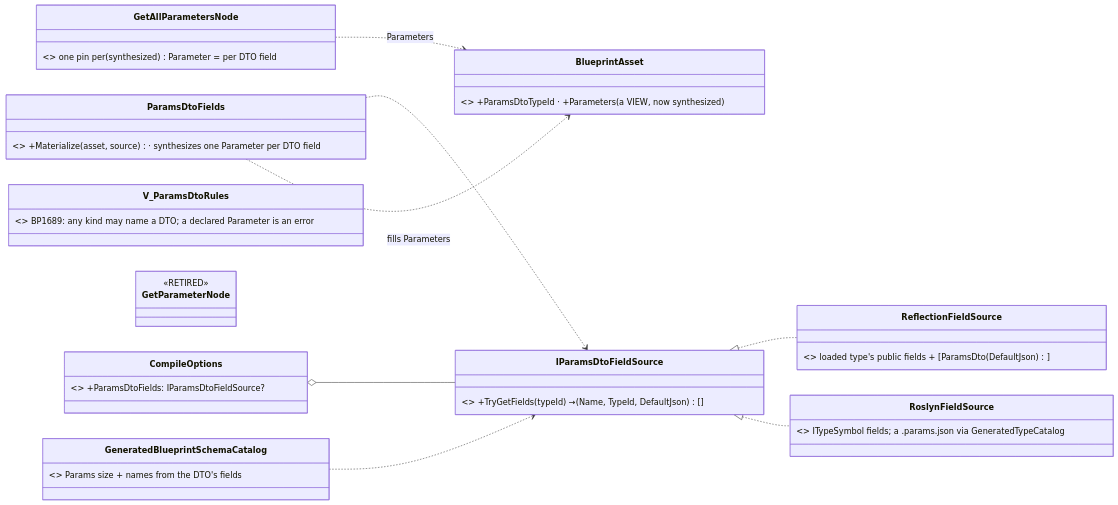
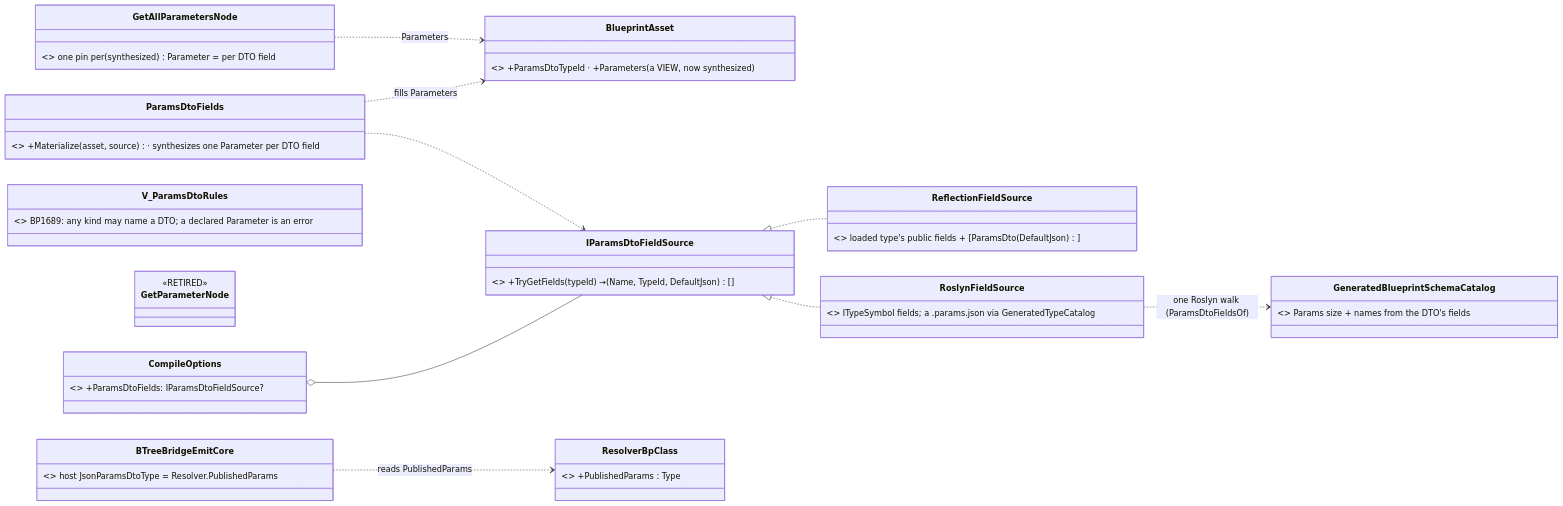
Diagram 33 of 34 in docs/DESIGN_Orders_Params_Entity_Classes.md (pjanec/HROT), drawn with Mermaid before and after one commit. The commit also changed other lines of this file and 12 other files, not shown here.

First line of the commit message:
CE-2135 (params finish P4 ④, R-2004): resolver blueprints name a params DTO; the resolver class publishes it

````diff
--- a/docs/DESIGN_Orders_Params_Entity_Classes.md
+++ b/docs/DESIGN_Orders_Params_Entity_Classes.md
@@ -1598,21 +1598,24 @@
 ```mermaid
 classDiagram
   direction LR
   class BlueprintAsset { <<existing>> +ParamsDtoTypeId · +Parameters (a VIEW, now synthesized) }
   class ParamsDtoFields { <<NEW, Hrot.Blueprints.Compiler>> +Materialize(asset, source) · synthesizes one Parameter per DTO field }
   class IParamsDtoFieldSource { <<NEW>> +TryGetFields(typeId) → (Name, TypeId, DefaultJson)[] }
   class ReflectionFieldSource { <<NEW, editor / in-process>> loaded type's public fields + [ParamsDto(DefaultJson)] }
   class RoslynFieldSource { <<NEW, Hrot.AiEditor.Generators>> ITypeSymbol fields; a .params.json via GeneratedTypeCatalog }
   class CompileOptions { <<existing, CHANGED>> +ParamsDtoFields: IParamsDtoFieldSource? }
   class V_ParamsDtoRules { <<existing, CHANGED>> BP1689: any kind may name a DTO; a declared Parameter is an error }
   class GetParameterNode { <<RETIRED>> }
   class GetAllParametersNode { <<existing>> one pin per (synthesized) Parameter = per DTO field }
   class GeneratedBlueprintSchemaCatalog { <<existing, CHANGED>> Params size + names from the DTO's fields }
+  class ResolverBpClass { <<generated, CHANGED>> +PublishedParams : Type }
+  class BTreeBridgeEmitCore { <<existing, CHANGED>> host JsonParamsDtoType = Resolver.PublishedParams }
   IParamsDtoFieldSource <|.. ReflectionFieldSource
   IParamsDtoFieldSource <|.. RoslynFieldSource
   CompileOptions o-- IParamsDtoFieldSource
   ParamsDtoFields ..> IParamsDtoFieldSource
   ParamsDtoFields ..> BlueprintAsset : fills Parameters
   GetAllParametersNode ..> BlueprintAsset : Parameters
-  GeneratedBlueprintSchemaCatalog ..> IParamsDtoFieldSource
+  RoslynFieldSource ..> GeneratedBlueprintSchemaCatalog : one Roslyn walk (ParamsDtoFieldsOf)
+  BTreeBridgeEmitCore ..> ResolverBpClass : reads PublishedParams
 ```
````
